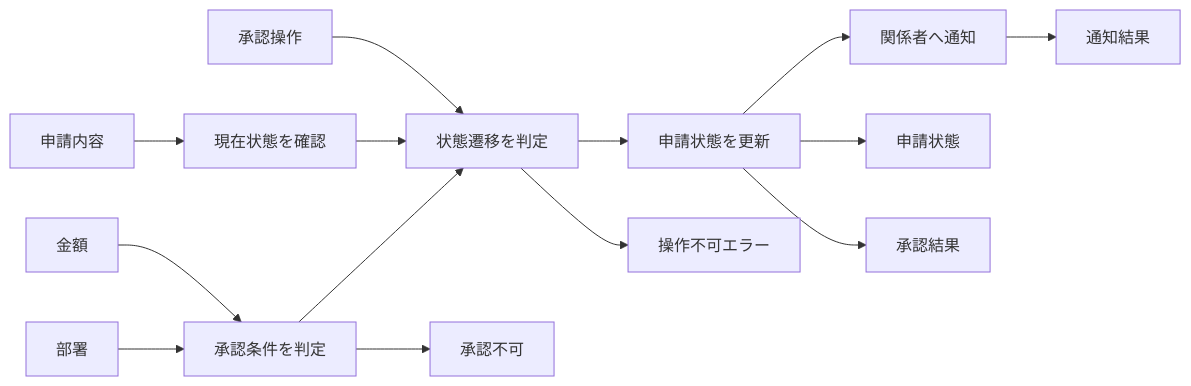
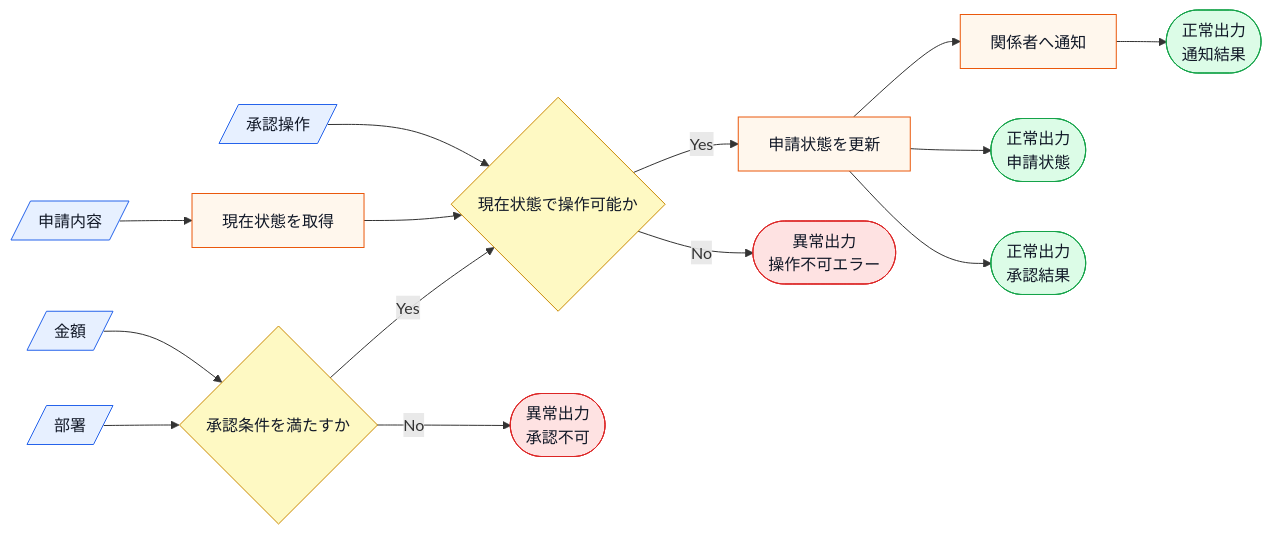
Before and after one commit to kumachan1101-pixel/DesignPattern: the first of 9 diagrams in kindle/design-patterns/output/chapter12.md, drawn with Mermaid. The commit also changed 15 other files, not shown here.

Commit message:
fix: 仕様図の入出力と分岐を明確化

````diff
--- a/kindle/design-patterns/output/chapter12.md
+++ b/kindle/design-patterns/output/chapter12.md
@@ -34,16 +34,22 @@
 ```mermaid
 flowchart LR
-    A["申請内容"] --> B["現在状態を確認"]
-    C["金額"] --> D["承認条件を判定"]
-    E["部署"] --> D
-    F["承認操作"] --> G["状態遷移を判定"]
+    A[/申請内容/]:::input --> B[現在状態を取得]:::process
+    C[/金額/]:::input --> D{承認条件を満たすか}:::decision
+    E[/部署/]:::input --> D
+    F[/承認操作/]:::input --> G{現在状態で操作可能か}:::decision
     B --> G
-    D --> G
-    G --> H["申請状態を更新"]
-    H --> I["関係者へ通知"]
-    H --> J["申請状態"]
-    H --> K["承認結果"]
-    I --> L["通知結果"]
-    D --> M["承認不可"]
-    G --> N["操作不可エラー"]
+    D -->|Yes| G
+    G -->|Yes| H[申請状態を更新]:::process
+    H --> I[関係者へ通知]:::process
+    H --> J([正常出力<br>申請状態]):::normal
+    H --> K([正常出力<br>承認結果]):::normal
+    I --> L([正常出力<br>通知結果]):::normal
+    D -->|No| M([異常出力<br>承認不可]):::error
+    G -->|No| N([異常出力<br>操作不可エラー]):::error
+
+    classDef input fill:#e7f0ff,stroke:#2563eb,color:#111827;
+    classDef process fill:#fff7ed,stroke:#ea580c,color:#111827;
+    classDef decision fill:#fef9c3,stroke:#ca8a04,color:#111827;
+    classDef normal fill:#dcfce7,stroke:#16a34a,color:#111827;
+    classDef error fill:#fee2e2,stroke:#dc2626,color:#111827;
 ```
````
